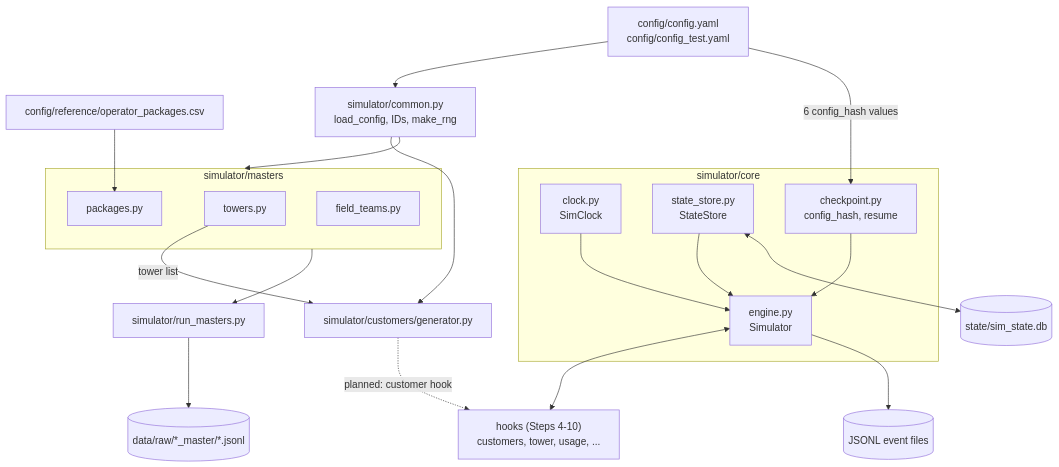
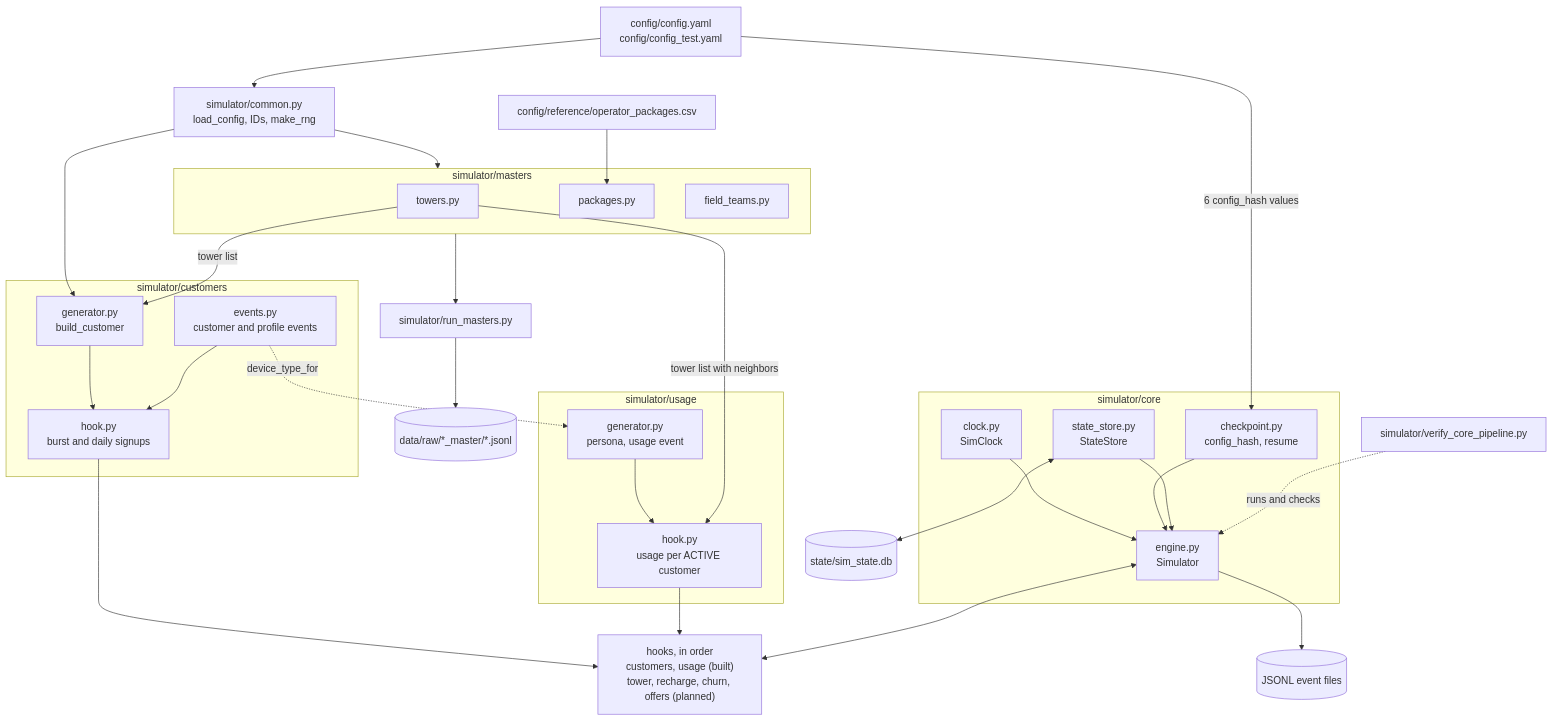
Before and after one commit to bilawal-tech/churnguard: the second of 2 diagrams in README.md, drawn with Mermaid. The commit also changed other lines of this file, not shown here.

````diff
--- a/README.md
+++ b/README.md
@@ -44,42 +46,60 @@
 ```mermaid
 flowchart TD
     CFG["config/config.yaml<br/>config/config_test.yaml"]
     CSV["config/reference/operator_packages.csv"]
     COMMON["simulator/common.py<br/>load_config, IDs, make_rng"]
 
     subgraph MAS["simulator/masters"]
         TOW["towers.py"]
         PKG["packages.py"]
         TEAM["field_teams.py"]
     end
 
     RUNM["simulator/run_masters.py"]
     RAWM[("data/raw/*_master/*.jsonl")]
-    GEN["simulator/customers/generator.py"]
+
+    subgraph CUST["simulator/customers"]
+        GEN["generator.py<br/>build_customer"]
+        EVT["events.py<br/>customer and profile events"]
+        CHOOK["hook.py<br/>burst and daily signups"]
+    end
+
+    subgraph USE["simulator/usage"]
+        UGEN["generator.py<br/>persona, usage event"]
+        UHOOK["hook.py<br/>usage per ACTIVE customer"]
+    end
 
     subgraph CORE["simulator/core"]
         CLOCK["clock.py<br/>SimClock"]
         STORE["state_store.py<br/>StateStore"]
         CKPT["checkpoint.py<br/>config_hash, resume"]
         ENGINE["engine.py<br/>Simulator"]
     end
 
     DB[("state/sim_state.db")]
-    HOOKS["hooks (Steps 4-10)<br/>customers, tower, usage, ..."]
+    HOOKS["hooks, in order<br/>customers, usage (built)<br/>tower, recharge, churn, offers (planned)"]
     EVENTS[("JSONL event files")]
+    VERIFY["simulator/verify_core_pipeline.py"]
 
     CFG --> COMMON
     CSV --> PKG
     COMMON --> MAS
     MAS --> RUNM --> RAWM
     COMMON --> GEN
     TOW -->|"tower list"| GEN
+    GEN --> CHOOK
+    EVT --> CHOOK
+    EVT -.->|"device_type_for"| UGEN
+    UGEN --> UHOOK
+    TOW -->|"tower list with neighbors"| UHOOK
     CFG -->|"6 config_hash values"| CKPT
     CLOCK --> ENGINE
     CKPT --> ENGINE
     STORE --> ENGINE
     STORE <--> DB
+    CHOOK --> HOOKS
+    UHOOK --> HOOKS
     ENGINE <--> HOOKS
-    GEN -.->|"planned: customer hook"| HOOKS
     ENGINE --> EVENTS
+    VERIFY -.->|"runs and checks"| ENGINE
 ```
````
